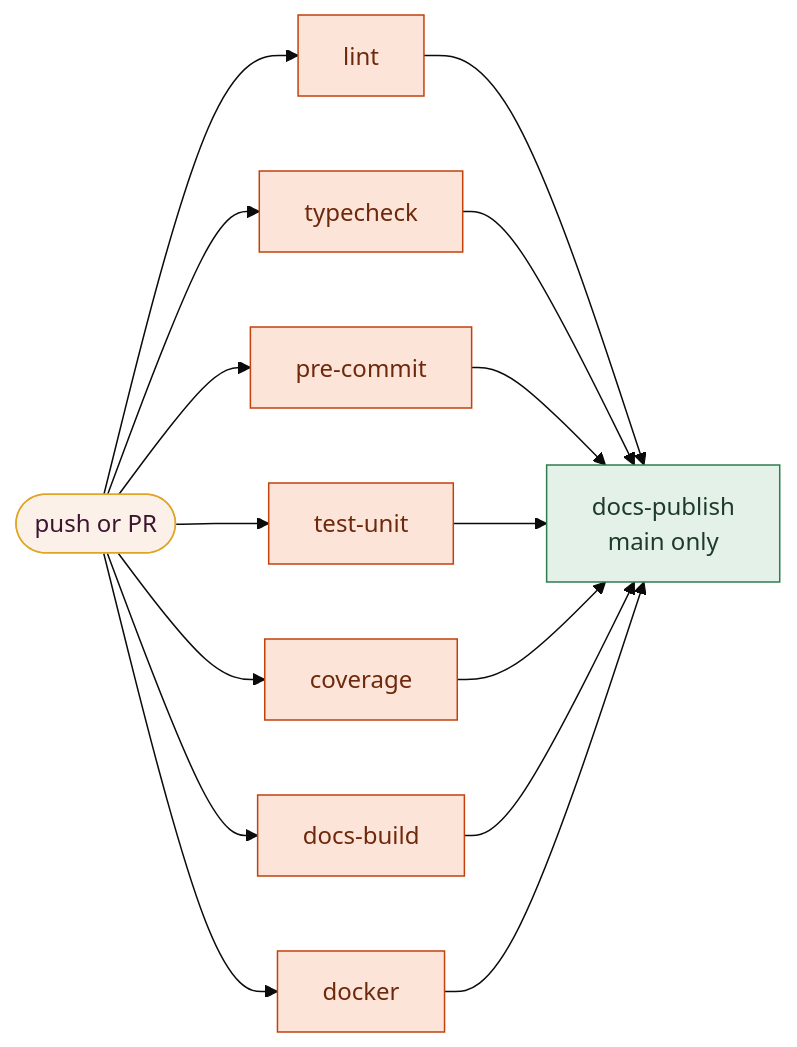
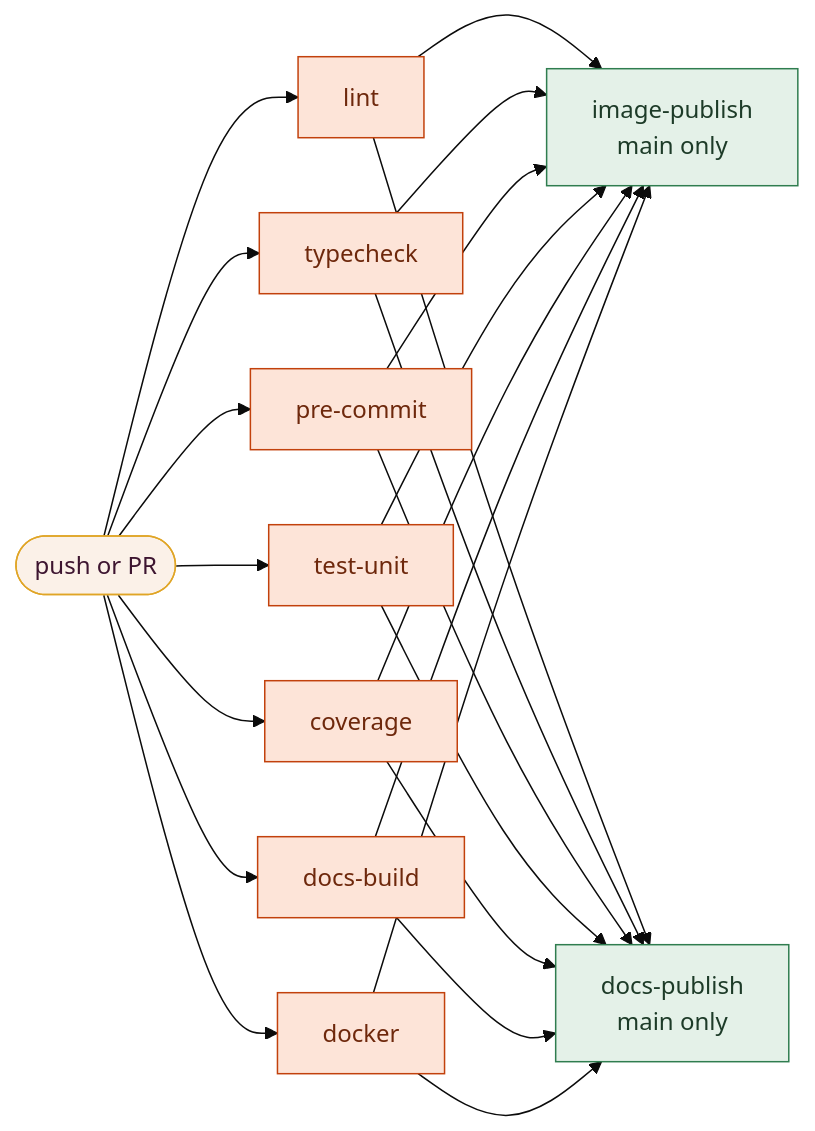
The diagram in docs/operations/ci.md (pstcricq/cultural-events-rag), drawn with Mermaid (base theme) before and after one commit. The commit also changed other lines of this file and 6 other files, not shown here.

Commit message:
Publish the image of the application on GitHub Container Registry from main once every check passes, tagged with its commit, for amd64 and arm64

````diff
--- a/docs/operations/ci.md
+++ b/docs/operations/ci.md
@@ -5,13 +5,13 @@
 ```mermaid
 flowchart LR
     push(["push or PR"]) --> lint & typecheck & precommit["pre-commit"] & unit["test-unit"] & coverage & docsb["docs-build"] & docker
-    lint & typecheck & precommit & unit & coverage & docsb & docker --> publish["docs-publish<br/>main only"]
+    lint & typecheck & precommit & unit & coverage & docsb & docker --> image["image-publish<br/>main only"] & publish["docs-publish<br/>main only"]
     class push source
     class lint,typecheck,precommit,unit,coverage,docsb,docker process
-    class publish service
+    class image,publish service
     classDef source fill:#fbf1e8,stroke:#e0a526,color:#3d1530
     classDef process fill:#fde4d8,stroke:#c2410c,color:#6e280c
     classDef store fill:#f1ece6,stroke:#9b8f86,color:#2a1220
     classDef model fill:#f3e3ec,stroke:#6b1f45,color:#3d1530
     classDef service fill:#e4f1e8,stroke:#2f7d4f,color:#1d3b28
 ```
````
